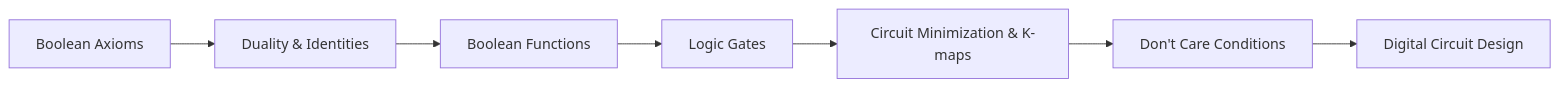
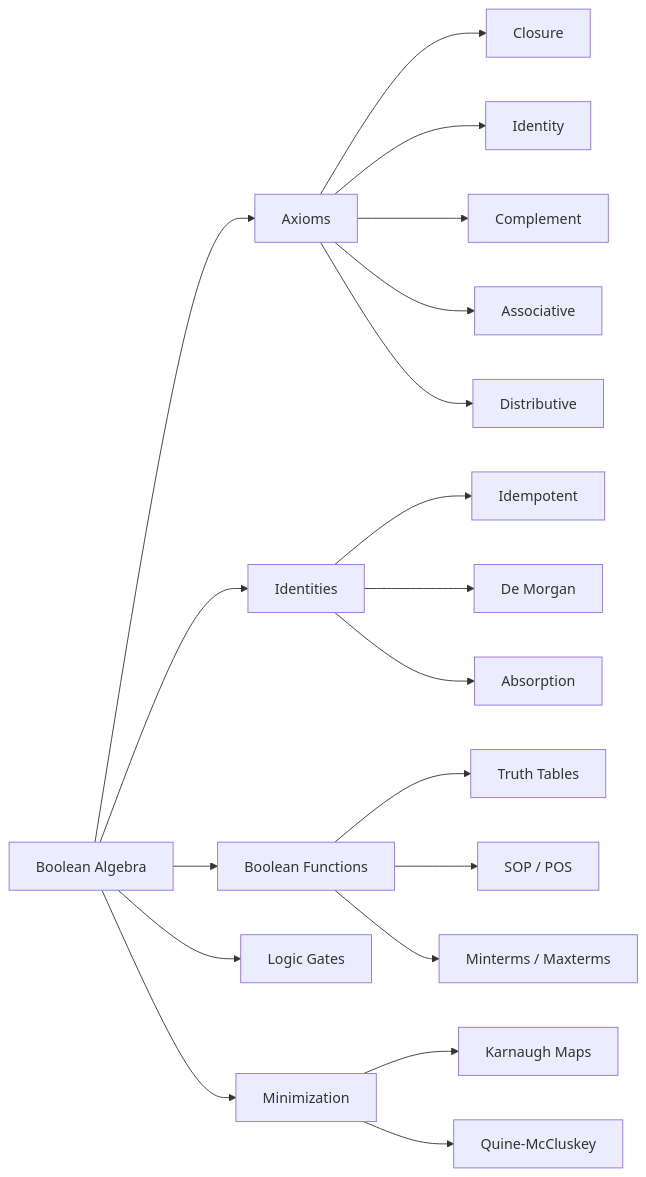
One commit to Raushan666java/ai-engineering-journey changed the diagram in docs/courses/discrete-mathematics/12-boolean.md. Above: the diagram before and after it, drawn with Mermaid. The commit also changed other lines of this file and 62 other files, not shown here.

````diff
--- a/docs/courses/discrete-mathematics/12-boolean.md
+++ b/docs/courses/discrete-mathematics/12-boolean.md
@@ -32,9 +34,21 @@
 ```mermaid
 flowchart LR
-    A[Boolean Axioms] --> B[Duality & Identities]
-    B --> C[Boolean Functions]
-    C --> D[Logic Gates]
-    D --> E[Circuit Minimization & K-maps]
-    E --> F[Don't Care Conditions]
-    F --> G[Digital Circuit Design]
+    A[Boolean Algebra] --> B[Axioms]
+    B --> C[Closure]
+    B --> D[Identity]
+    B --> E[Complement]
+    B --> F[Associative]
+    B --> G[Distributive]
+    A --> H[Identities]
+    H --> I[Idempotent]
+    H --> J[De Morgan]
+    H --> K[Absorption]
+    A --> L[Boolean Functions]
+    L --> M[Truth Tables]
+    L --> N[SOP / POS]
+    L --> O[Minterms / Maxterms]
+    A --> P[Logic Gates]
+    A --> Q[Minimization]
+    Q --> R[Karnaugh Maps]
+    Q --> S[Quine-McCluskey]
 ```
````
